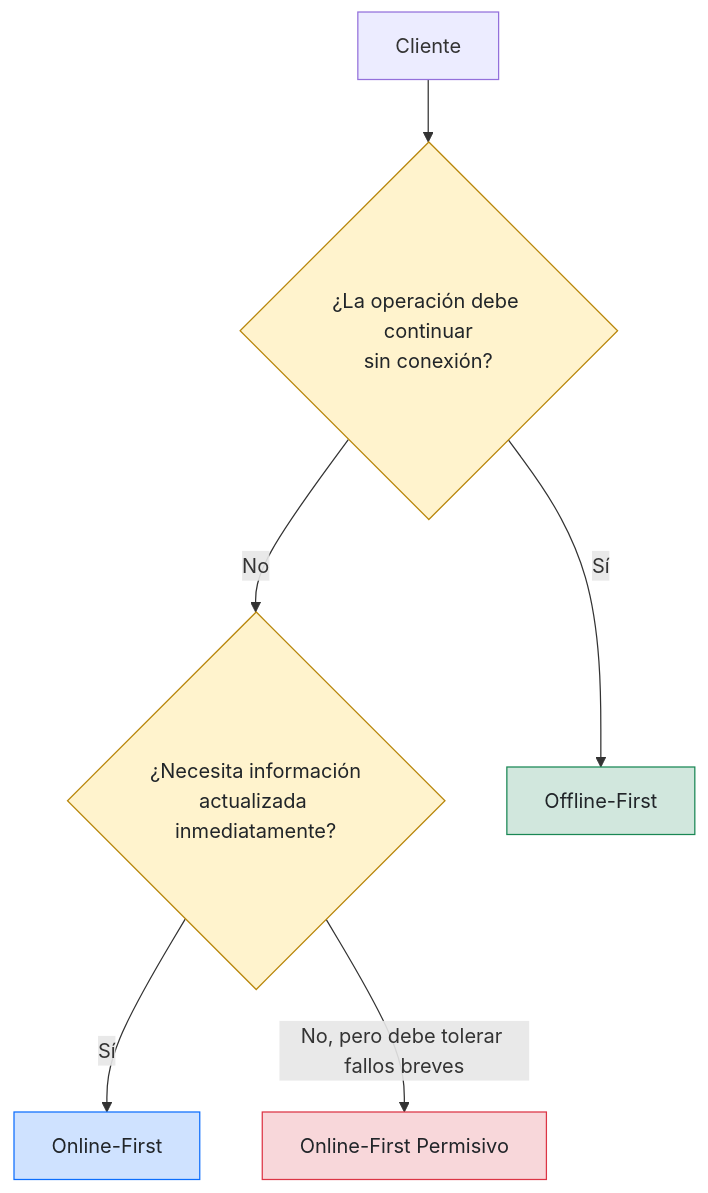
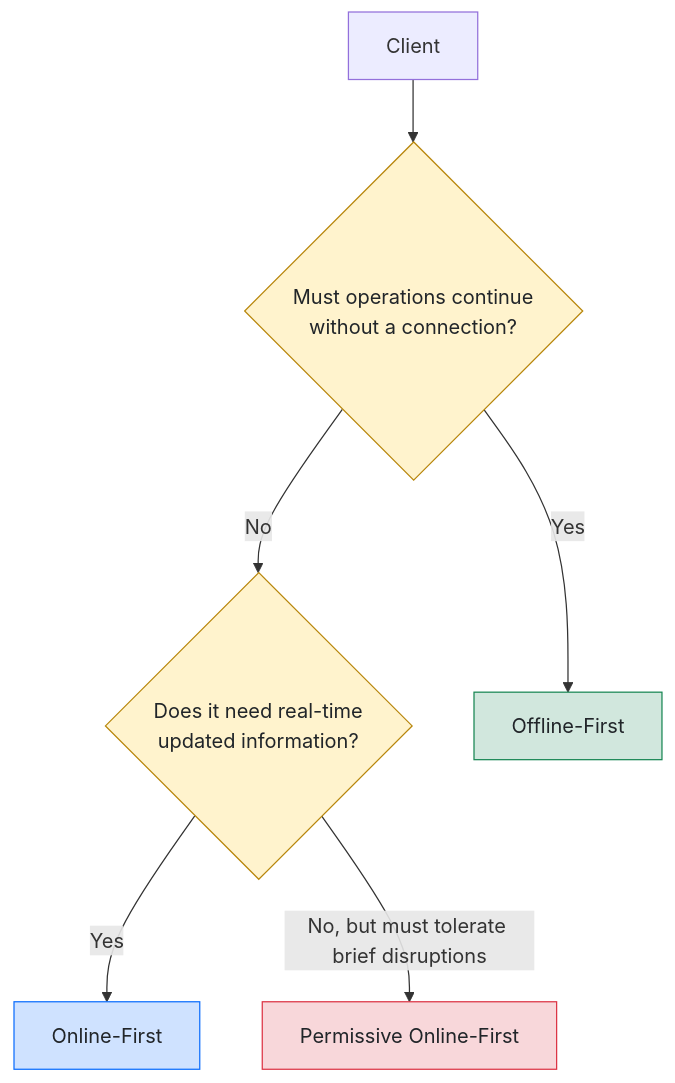
Before and after one commit to migueval/software-engineering: the third of 29 diagrams in Connectivity Strategies in Distributed Systems/ARCHITECTURE.md, drawn with Mermaid. The commit also changed other lines of this file and 19 other files, not shown here.

````diff
--- a/Connectivity Strategies in Distributed Systems/ARCHITECTURE.md
+++ b/Connectivity Strategies in Distributed Systems/ARCHITECTURE.md
@@ -232,30 +232,30 @@
 ```mermaid
 flowchart TD
 
-    CLIENT["Cliente"]
+    CLIENT["Client"]
 
-    CONTINUITY{"¿La operación debe continuar<br/>sin conexión?"}
-    REALTIME{"¿Necesita información<br/>actualizada inmediatamente?"}
+    CONTINUITY{"Must operations continue<br/>without a connection?"}
+    REALTIME{"Does it need real-time<br/>updated information?"}
 
     OFFLINE["Offline-First"]
     ONLINE["Online-First"]
-    PERMISSIVE["Online-First Permisivo"]
+    PERMISSIVE["Permissive Online-First"]
 
     CLIENT --> CONTINUITY
 
-    CONTINUITY -->|"Sí"| OFFLINE
+    CONTINUITY -->|"Yes"| OFFLINE
     CONTINUITY -->|"No"| REALTIME
 
-    REALTIME -->|"Sí"| ONLINE
-    REALTIME -->|"No, pero debe tolerar fallos breves"| PERMISSIVE
+    REALTIME -->|"Yes"| ONLINE
+    REALTIME -->|"No, but must tolerate brief disruptions"| PERMISSIVE
 
     classDef decision fill:#fff3cd,stroke:#b8860b,color:#212529
     classDef offline fill:#d1e7dd,stroke:#198754,color:#212529
     classDef online fill:#cfe2ff,stroke:#0d6efd,color:#212529
     classDef permissive fill:#f8d7da,stroke:#dc3545,color:#212529
 
     class CONTINUITY,REALTIME decision
     class OFFLINE offline
     class ONLINE online
     class PERMISSIVE permissive
 ```
````
